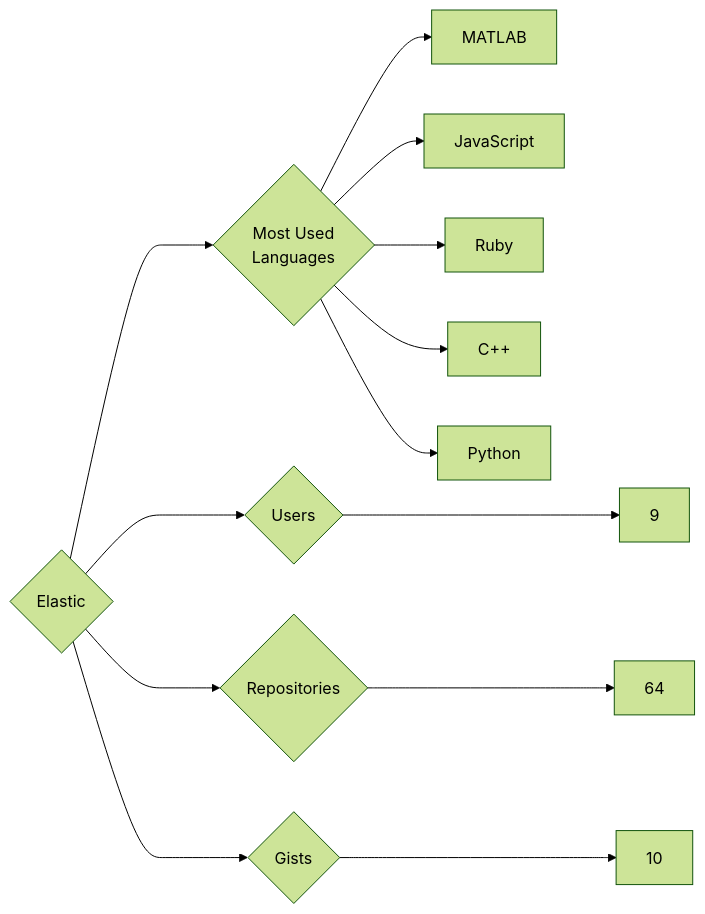
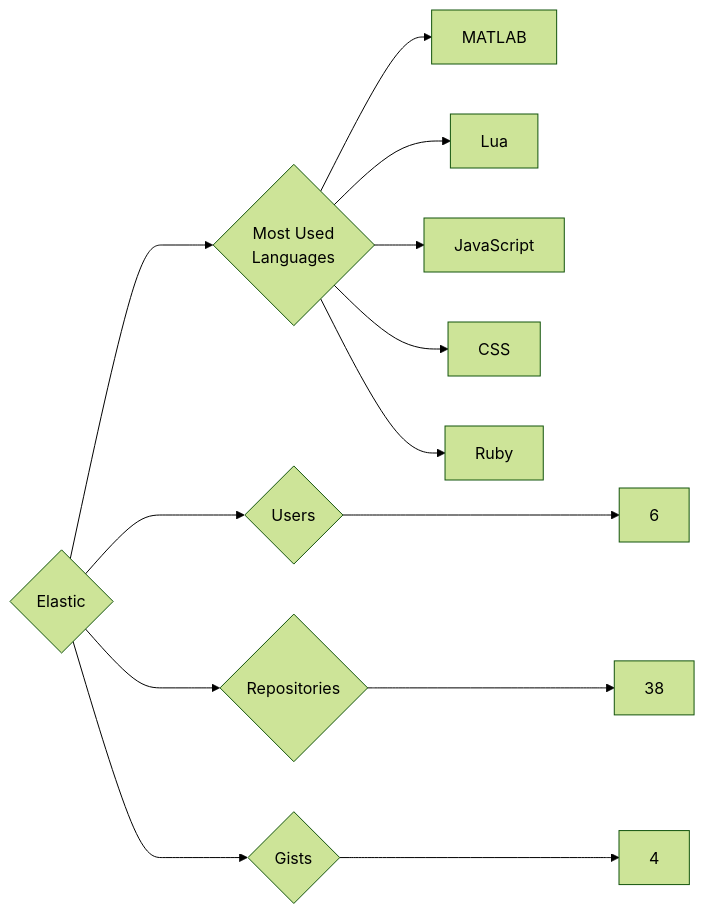
One commit to trickest/insiders changed the diagram in targets/Elastic/README.md. Above: the diagram before and after it, drawn with Mermaid (forest theme). The commit also changed 1123 other files, not shown here.

````diff
--- a/targets/Elastic/README.md
+++ b/targets/Elastic/README.md
@@ -3,13 +3,13 @@
 ```mermaid
 graph LR
 COMPANY_NAME{Elastic}
-COMPANY_NAME ---> U{Users} ---> UN[9]
-COMPANY_NAME ---> R{Repositories} ---> RN[64]
-COMPANY_NAME ---> G{Gists} ---> GN[10]
+COMPANY_NAME ---> U{Users} ---> UN[6]
+COMPANY_NAME ---> R{Repositories} ---> RN[38]
+COMPANY_NAME ---> G{Gists} ---> GN[4]
 COMPANY_NAME ---> ML{Most Used<br>Languages}
 ML --> MATLAB[MATLAB]
+ML --> Lua[Lua]
 ML --> JavaScript[JavaScript]
+ML --> CSS[CSS]
 ML --> Ruby[Ruby]
-ML --> C++[C++]
-ML --> Python[Python]
 ```
````
